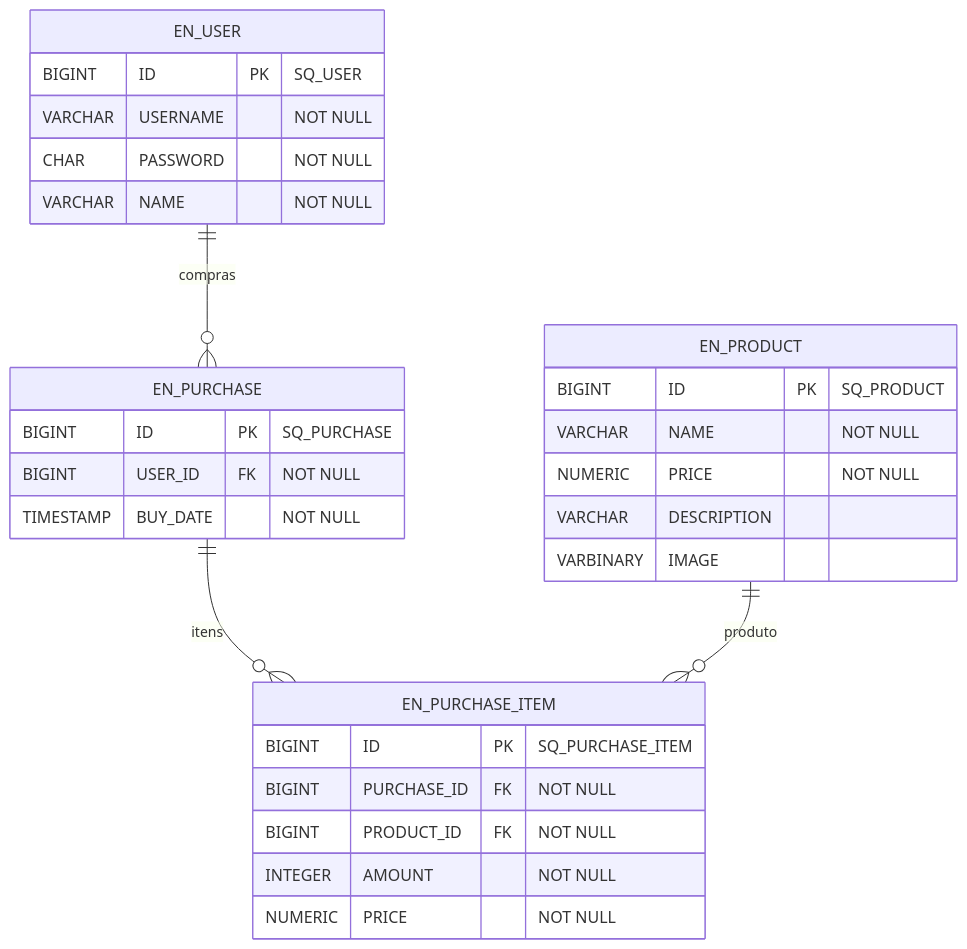
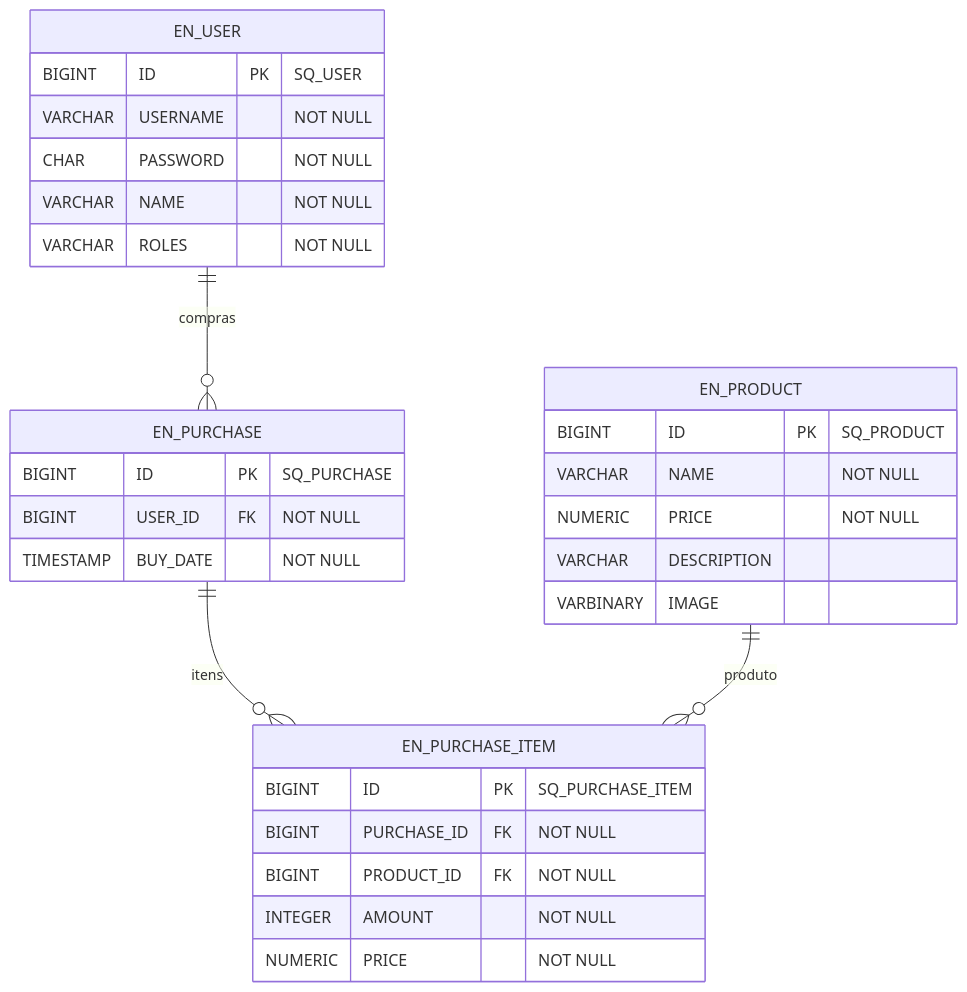
The second of 2 diagrams in fontes/br.com.wdc.shopping/br.com.wdc.shopping.persistence/README.md (mrcdom/wdc-cube-java-v2), drawn with Mermaid before and after one commit. The commit also changed other lines of this file, not shown here.

````diff
--- a/fontes/br.com.wdc.shopping/br.com.wdc.shopping.persistence/README.md
+++ b/fontes/br.com.wdc.shopping/br.com.wdc.shopping.persistence/README.md
@@ -256,35 +265,36 @@
 ```mermaid
 erDiagram
     EN_USER {
         BIGINT ID PK "SQ_USER"
         VARCHAR USERNAME "NOT NULL"
         CHAR PASSWORD "NOT NULL"
         VARCHAR NAME "NOT NULL"
+        VARCHAR ROLES "NOT NULL"
     }
 
     EN_PRODUCT {
         BIGINT ID PK "SQ_PRODUCT"
         VARCHAR NAME "NOT NULL"
         NUMERIC PRICE "NOT NULL"
         VARCHAR DESCRIPTION
         VARBINARY IMAGE
     }
 
     EN_PURCHASE {
         BIGINT ID PK "SQ_PURCHASE"
         BIGINT USER_ID FK "NOT NULL"
         TIMESTAMP BUY_DATE "NOT NULL"
     }
 
     EN_PURCHASE_ITEM {
         BIGINT ID PK "SQ_PURCHASE_ITEM"
         BIGINT PURCHASE_ID FK "NOT NULL"
         BIGINT PRODUCT_ID FK "NOT NULL"
         INTEGER AMOUNT "NOT NULL"
         NUMERIC PRICE "NOT NULL"
     }
 
     EN_USER ||--o{ EN_PURCHASE : "compras"
     EN_PURCHASE ||--o{ EN_PURCHASE_ITEM : "itens"
     EN_PRODUCT ||--o{ EN_PURCHASE_ITEM : "produto"
 ```
````
